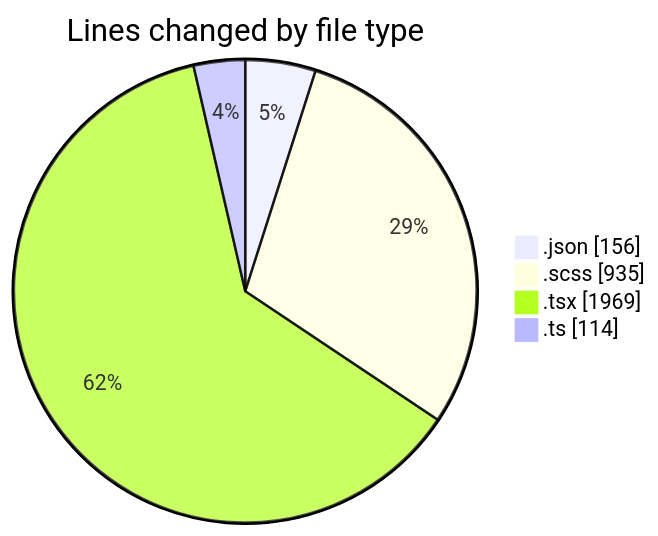
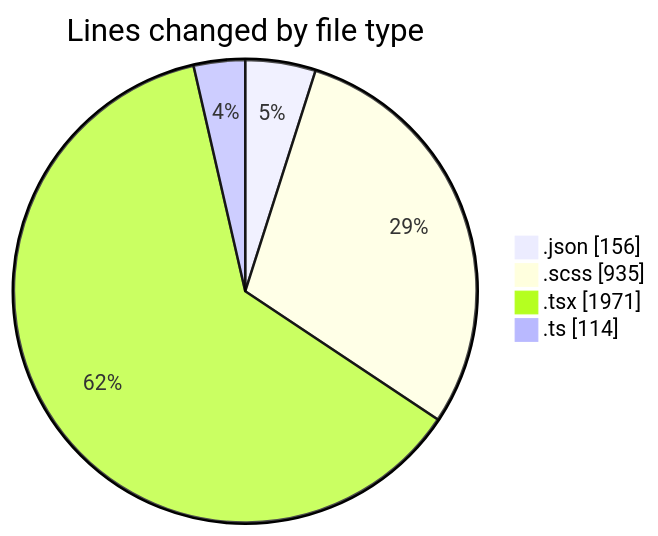
The first of 2 diagrams in 2026-02-17/cda/README.md (momahboobian/code-tracking), drawn with Mermaid before and after one commit. The commit also changed other lines of this file and 1 other file, not shown here.

````diff
--- a/2026-02-17/cda/README.md
+++ b/2026-02-17/cda/README.md
@@ -30,8 +30,8 @@
 ```mermaid
 pie showData
 title Lines changed by file type
 ".json" : 156
 ".scss" : 935
-".tsx" : 1969
+".tsx" : 1971
 ".ts" : 114
 ```
````
